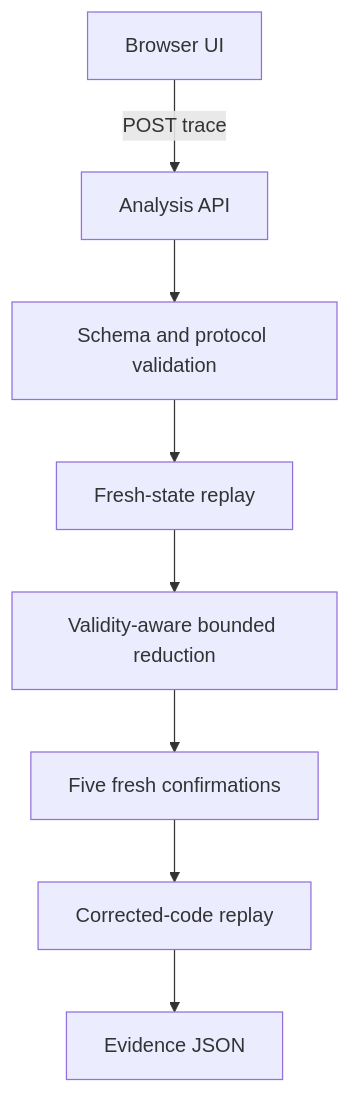
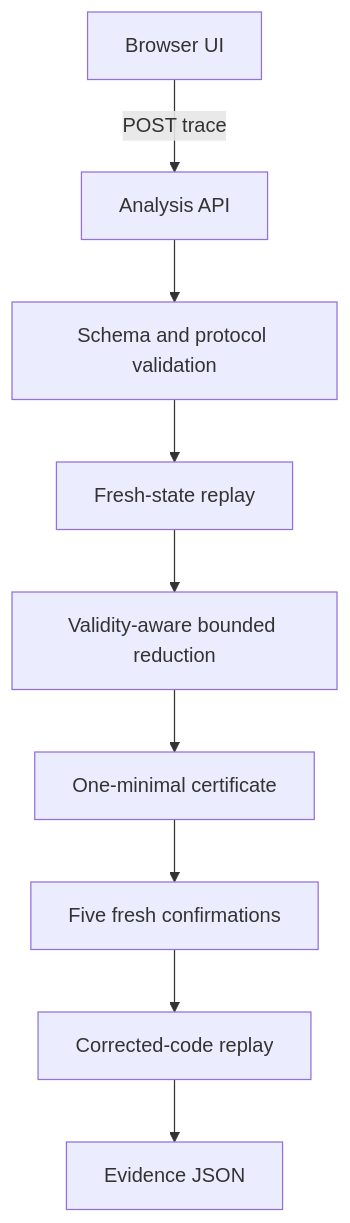
One commit to Syedsaadhhh/SequenceProof changed the diagram in docs/ARCHITECTURE.md. Above: the diagram before and after it, drawn with Mermaid. The commit also changed other lines of this file and 12 other files, not shown here.

````diff
--- a/docs/ARCHITECTURE.md
+++ b/docs/ARCHITECTURE.md
@@ -3,10 +3,11 @@
 ```mermaid
 flowchart TD
     UI[Browser UI] -->|POST trace| API[Analysis API]
     API --> VAL[Schema and protocol validation]
     VAL --> REP[Fresh-state replay]
     REP --> RED[Validity-aware bounded reduction]
-    RED --> FIVE[Five fresh confirmations]
+    RED --> CERT[One-minimal certificate]
+    CERT --> FIVE[Five fresh confirmations]
     FIVE --> FIX[Corrected-code replay]
     FIX --> EVID[Evidence JSON]
 ```
````
